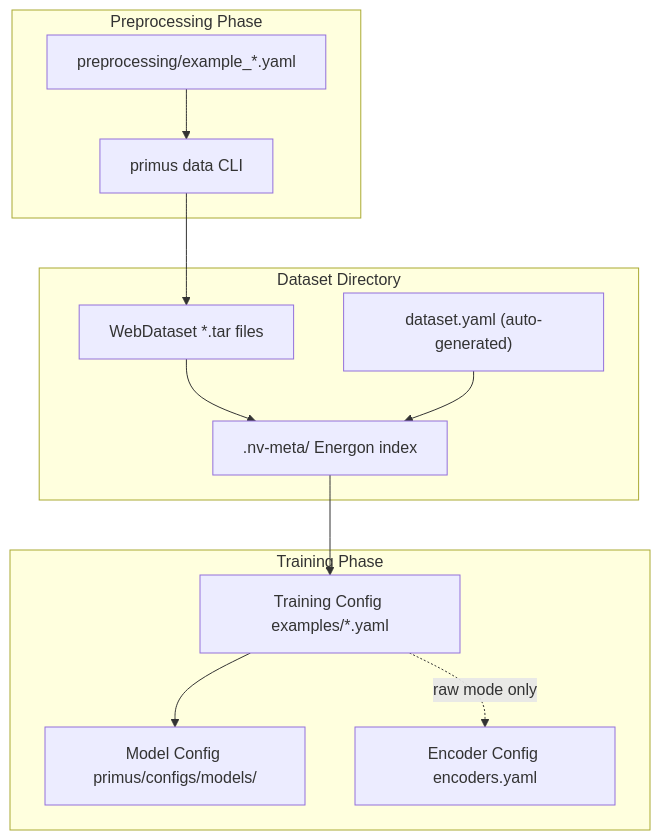
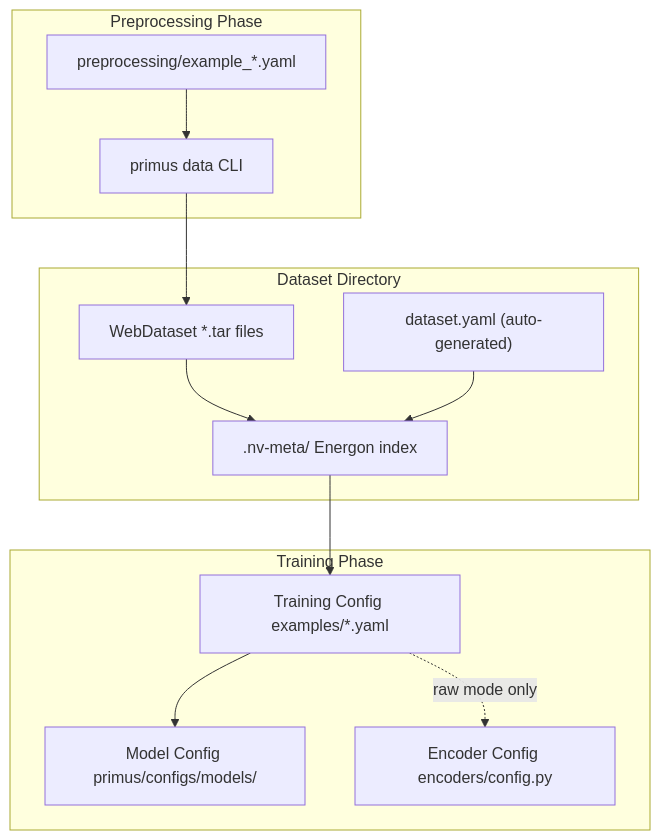
Before and after one commit to AMD-AGI/Primus: the diagram in primus/configs/data/megatron/diffusion/README.md, drawn with Mermaid. The commit also changed other lines of this file and 53 other files, not shown here.

````diff
--- a/primus/configs/data/megatron/diffusion/README.md
+++ b/primus/configs/data/megatron/diffusion/README.md
@@ -458,29 +458,29 @@
 ```mermaid
 graph TB
     subgraph preprocessing [Preprocessing Phase]
         prepConfig[preprocessing/example_*.yaml]
         cliCommand[primus data CLI]
         prepConfig --> cliCommand
     end
 
     subgraph datasetDir [Dataset Directory]
         tarFiles[WebDataset *.tar files]
         datasetYaml["dataset.yaml (auto-generated)"]
         energonIndex[.nv-meta/ Energon index]
 
         tarFiles --> energonIndex
         datasetYaml --> energonIndex
     end
 
     subgraph training [Training Phase]
         trainConfig[Training Config examples/*.yaml]
         modelConfig[Model Config primus/configs/models/]
-        encoderConfig[Encoder Config encoders.yaml]
+        encoderConfig[Encoder Config encoders/config.py]
 
         trainConfig --> modelConfig
         trainConfig -.raw mode only.-> encoderConfig
     end
 
     cliCommand --> tarFiles
     energonIndex --> trainConfig
 ```
````
